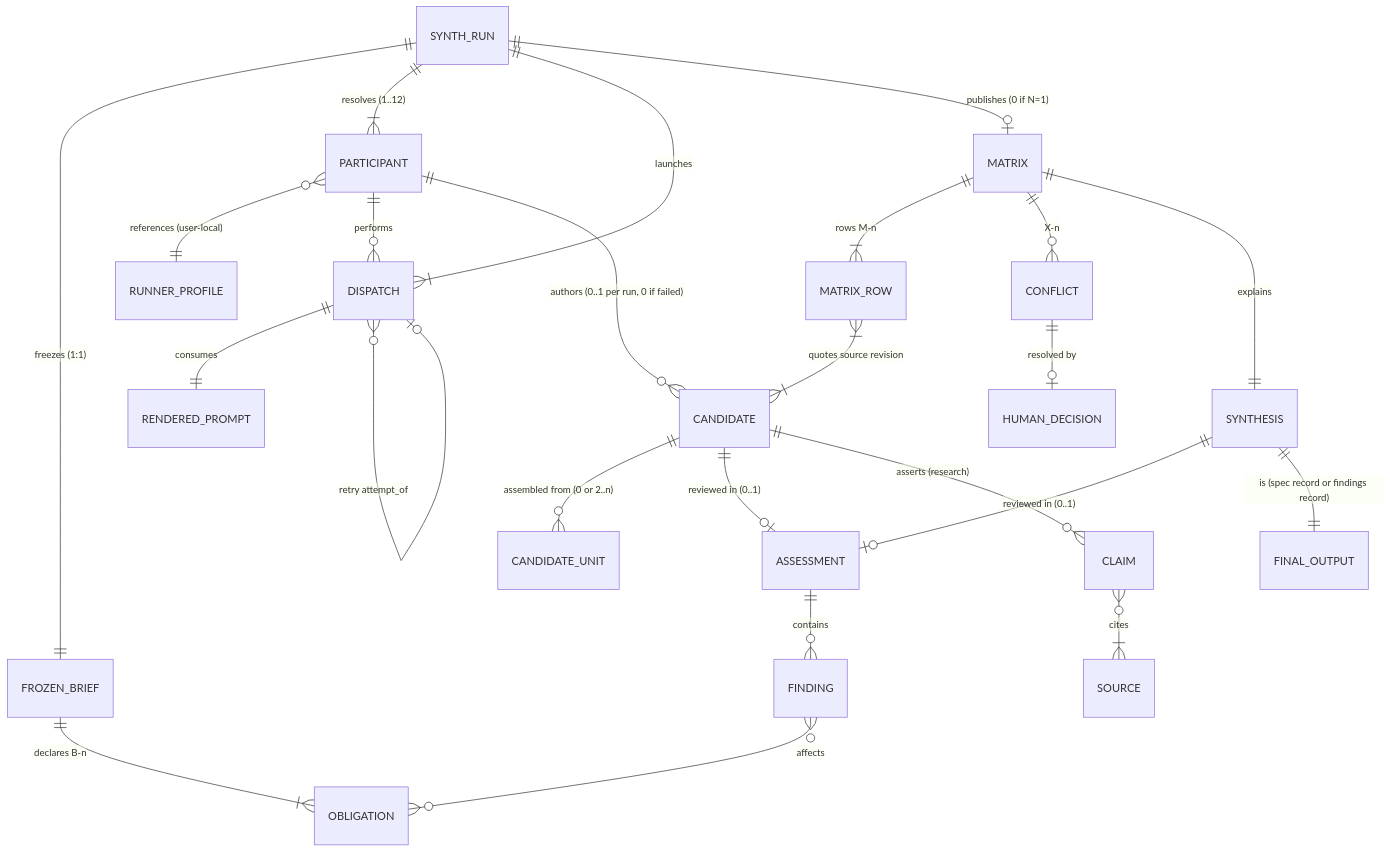
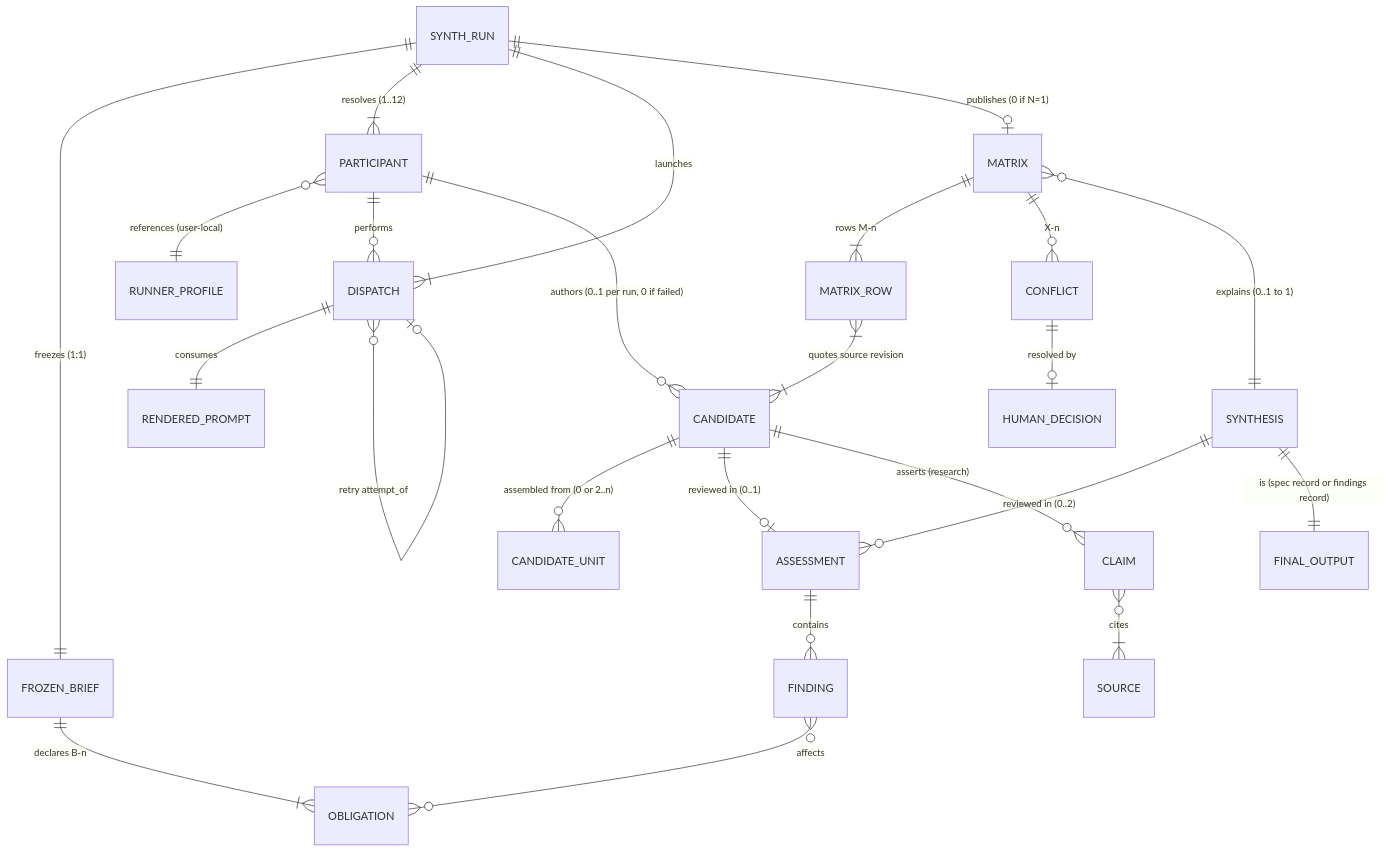
The first of 4 diagrams in .aw/records/specs/draft/20261024-specflow-03-yfz5u9-spec-research-synthesis.spec.md (fariello/agent-workflows), drawn with Mermaid before and after one commit. The commit also changed other lines of this file and 1 other file, not shown here.

````diff
--- a/.aw/records/specs/draft/20261024-specflow-03-yfz5u9-spec-research-synthesis.spec.md
+++ b/.aw/records/specs/draft/20261024-specflow-03-yfz5u9-spec-research-synthesis.spec.md
@@ -740,26 +744,26 @@
 ```mermaid
 erDiagram
     SYNTH_RUN ||--|| FROZEN_BRIEF : "freezes (1:1)"
     SYNTH_RUN ||--|{ PARTICIPANT : "resolves (1..12)"
     PARTICIPANT }o--|| RUNNER_PROFILE : "references (user-local)"
     FROZEN_BRIEF ||--|{ OBLIGATION : "declares B-n"
     SYNTH_RUN ||--|{ DISPATCH : "launches"
     DISPATCH ||--|| RENDERED_PROMPT : "consumes"
     DISPATCH }o--o| DISPATCH : "retry attempt_of"
     PARTICIPANT ||--o{ DISPATCH : "performs"
     PARTICIPANT ||--o{ CANDIDATE : "authors (0..1 per run, 0 if failed)"
     CANDIDATE ||--o{ CANDIDATE_UNIT : "assembled from (0 or 2..n)"
     CANDIDATE ||--o| ASSESSMENT : "reviewed in (0..1)"
-    SYNTHESIS ||--o| ASSESSMENT : "reviewed in (0..1)"
+    SYNTHESIS ||--o{ ASSESSMENT : "reviewed in (0..2)"
     ASSESSMENT ||--o{ FINDING : "contains"
     FINDING }o--o{ OBLIGATION : "affects"
     SYNTH_RUN ||--o| MATRIX : "publishes (0 if N=1)"
     MATRIX ||--|{ MATRIX_ROW : "rows M-n"
     MATRIX_ROW }|--|{ CANDIDATE : "quotes source revision"
     MATRIX ||--o{ CONFLICT : "X-n"
     CONFLICT ||--o| HUMAN_DECISION : "resolved by"
-    MATRIX ||--|| SYNTHESIS : "explains"
+    MATRIX }o--|| SYNTHESIS : "explains (0..1 to 1)"
     CANDIDATE ||--o{ CLAIM : "asserts (research)"
     CLAIM }o--|{ SOURCE : "cites"
     SYNTHESIS ||--|| FINAL_OUTPUT : "is (spec record or findings record)"
 ```
````
